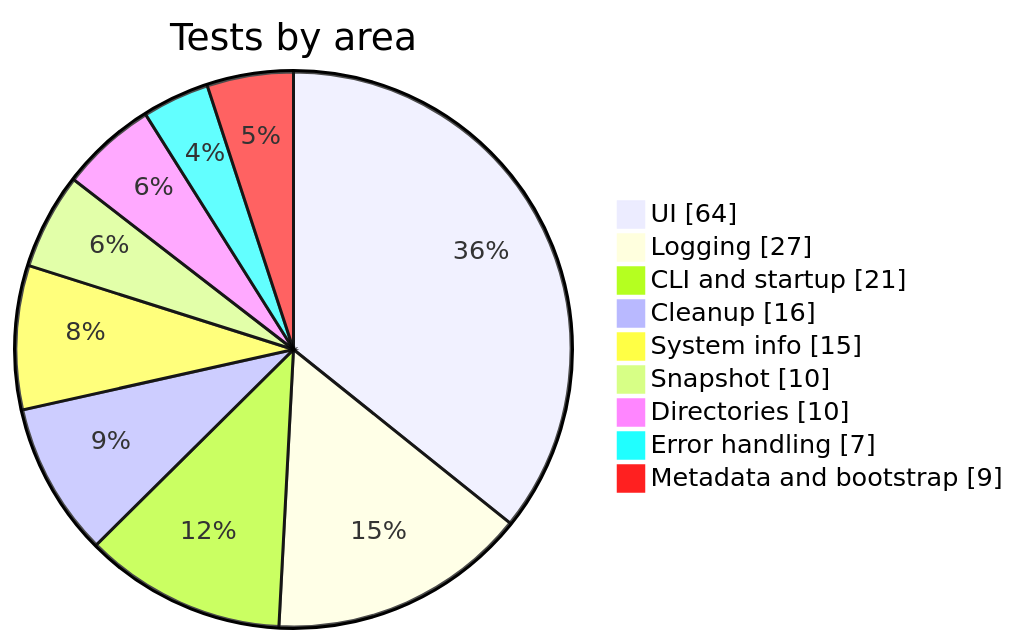
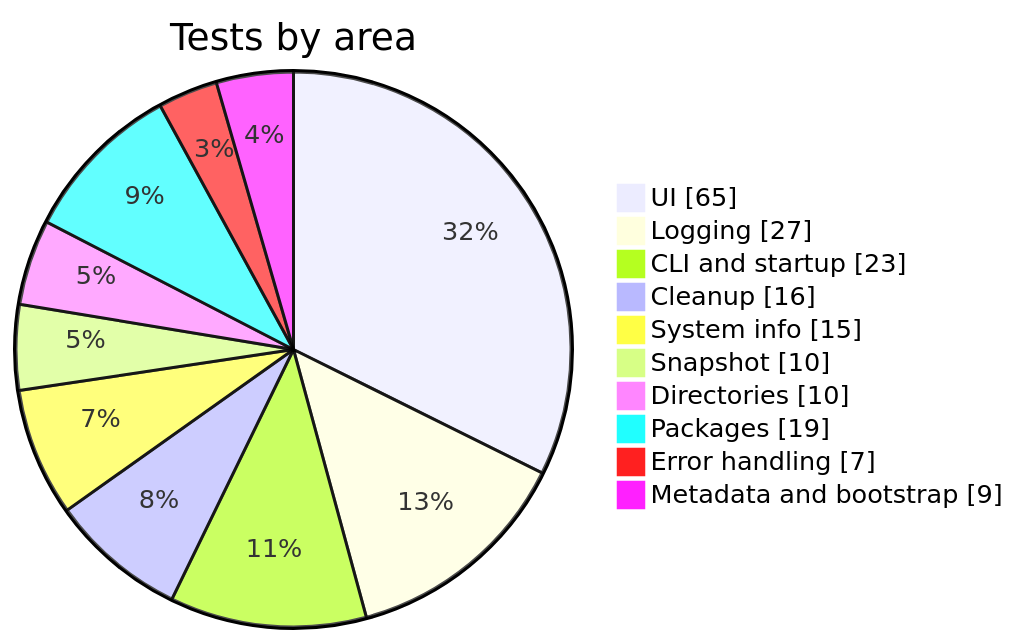
The second of 4 diagrams in docs/development.md (Armoghans-Organization/Omarchy-Tweaker), drawn with Mermaid before and after one commit. The commit also changed other lines of this file and 19 other files, not shown here.

````diff
--- a/docs/development.md
+++ b/docs/development.md
@@ -477,13 +480,14 @@
 ```mermaid
 pie showData
     title Tests by area
-    "UI" : 64
+    "UI" : 65
     "Logging" : 27
-    "CLI and startup" : 21
+    "CLI and startup" : 23
     "Cleanup" : 16
     "System info" : 15
     "Snapshot" : 10
     "Directories" : 10
+    "Packages" : 19
     "Error handling" : 7
     "Metadata and bootstrap" : 9
 ```
````
